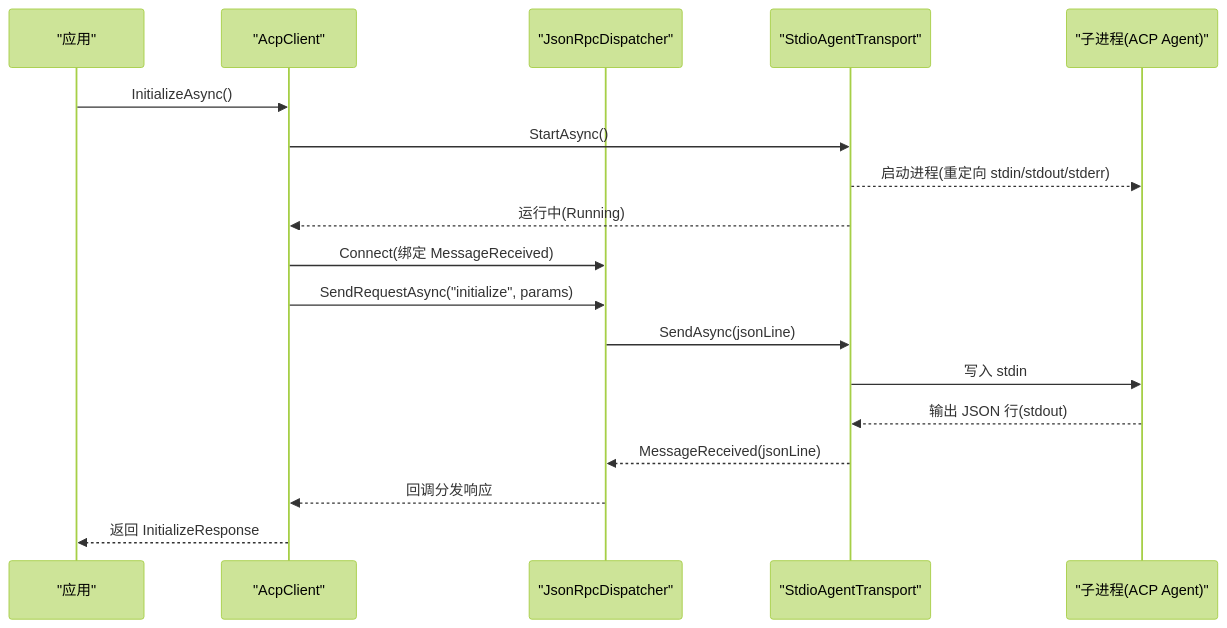
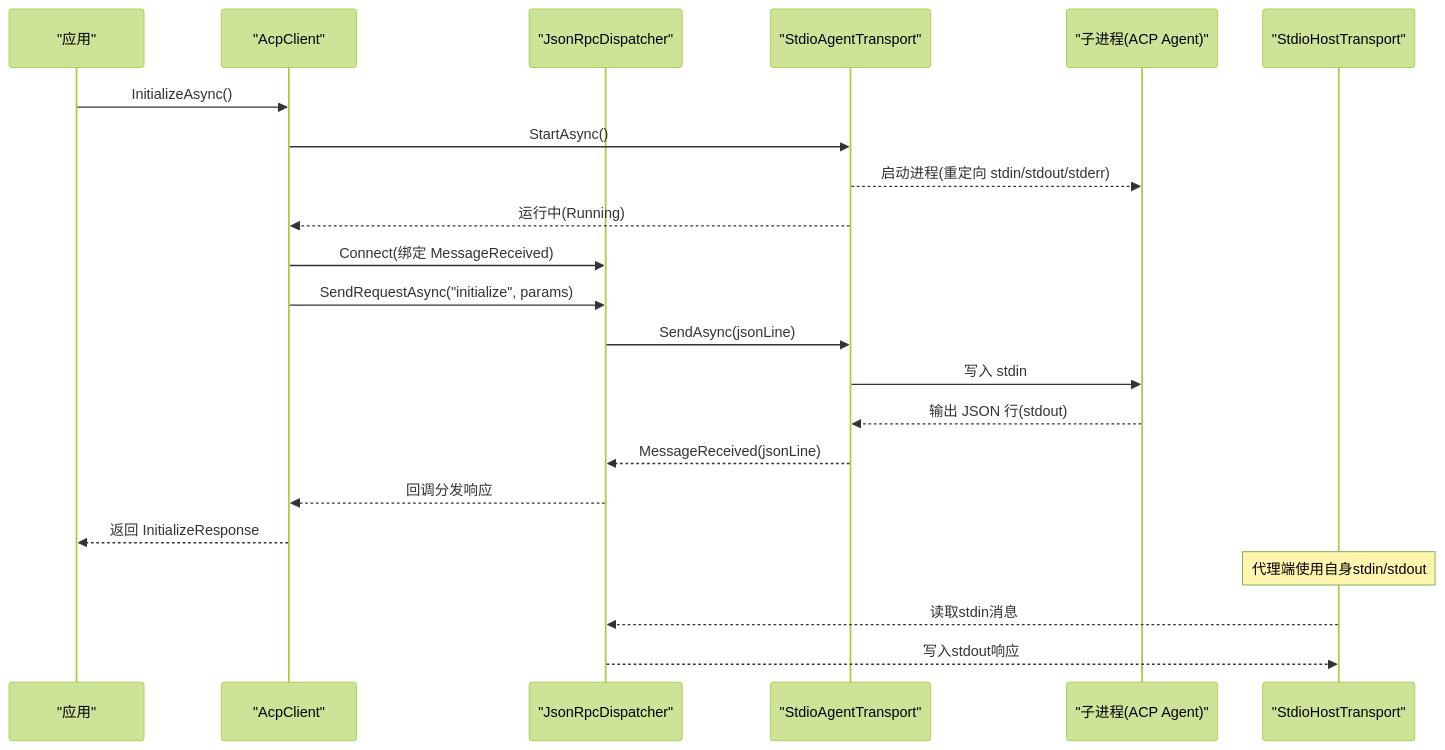
Before and after one commit to AgenticDesktop/ACPLibrary: the second of 5 diagrams in .qoder/repowiki/zh/content/传输层/标准输入输出实现.md, drawn with Mermaid (forest theme). The commit also changed other lines of this file and 33 other files, not shown here.

````diff
--- a/.qoder/repowiki/zh/content/传输层/标准输入输出实现.md
+++ b/.qoder/repowiki/zh/content/传输层/标准输入输出实现.md
@@ -93,20 +116,24 @@
 ```mermaid
 sequenceDiagram
 participant App as "应用"
 participant Client as "AcpClient"
 participant Dispatcher as "JsonRpcDispatcher"
 participant Transport as "StdioAgentTransport"
 participant Proc as "子进程(ACP Agent)"
+participant HostTransport as "StdioHostTransport"
 App->>Client : InitializeAsync()
 Client->>Transport : StartAsync()
 Transport-->>Proc : 启动进程(重定向 stdin/stdout/stderr)
 Transport-->>Client : 运行中(Running)
 Client->>Dispatcher : Connect(绑定 MessageReceived)
 Client->>Dispatcher : SendRequestAsync("initialize", params)
 Dispatcher->>Transport : SendAsync(jsonLine)
 Transport->>Proc : 写入 stdin
 Proc-->>Transport : 输出 JSON 行(stdout)
 Transport-->>Dispatcher : MessageReceived(jsonLine)
 Dispatcher-->>Client : 回调分发响应
 Client-->>App : 返回 InitializeResponse
+Note over HostTransport : 代理端使用自身stdin/stdout
+HostTransport-->>Dispatcher : 读取stdin消息
+Dispatcher-->>HostTransport : 写入stdout响应
 ```
````
